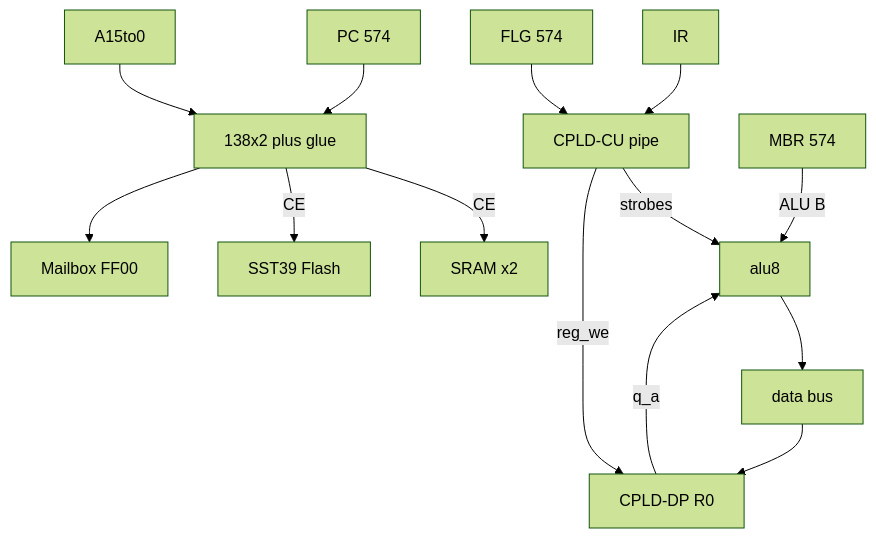
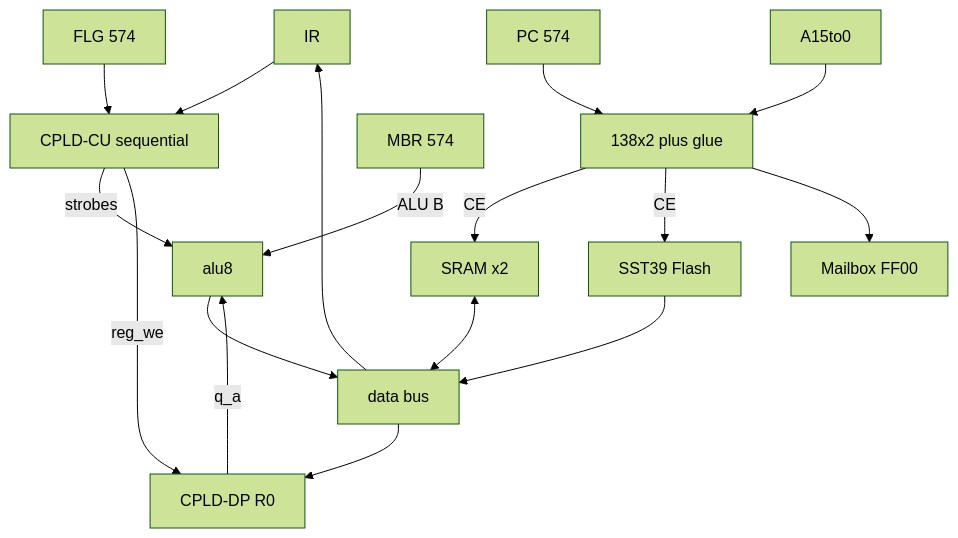
One commit to Flkalas/swiver changed the third of 3 diagrams in swiver-whitepaper.md. Above: the diagram before and after it, drawn with Mermaid (forest theme). The commit also changed other lines of this file and 36 other files, not shown here.

````diff
--- a/swiver-whitepaper.md
+++ b/swiver-whitepaper.md
@@ -232,16 +232,19 @@
 ```mermaid
 flowchart TB
-  IR[IR] --> CU[CPLD-CU pipe]
+  IR[IR] --> CU[CPLD-CU sequential]
   FLG[FLG 574] --> CU
   PC[PC 574] --> MemDecode
   CU -->|strobes| ALU[alu8]
   CU -->|reg_we| DP[CPLD-DP R0]
   DP -->|q_a| ALU
   MBR[MBR 574] -->|ALU B| ALU
   ALU --> DBus[data bus]
   DBus --> DP
+  DBus --> IR
+  SRAM <--> DBus
+  Flash --> DBus
   Addr[A15to0] --> MemDecode["138x2 plus glue"]
   MemDecode -->|CE| SRAM[SRAM x2]
   MemDecode -->|CE| Flash[SST39 Flash]
   MemDecode --> Mailbox["Mailbox FF00"]
 ```
````
